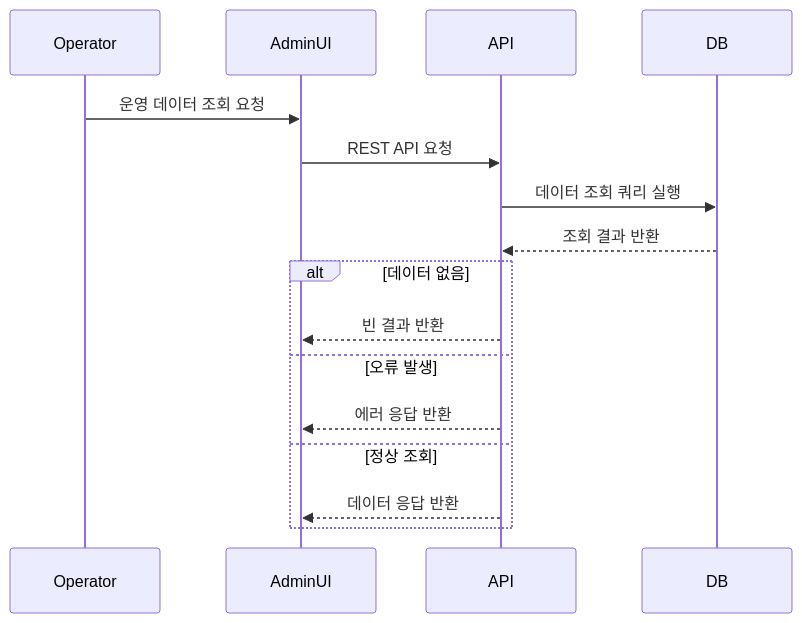
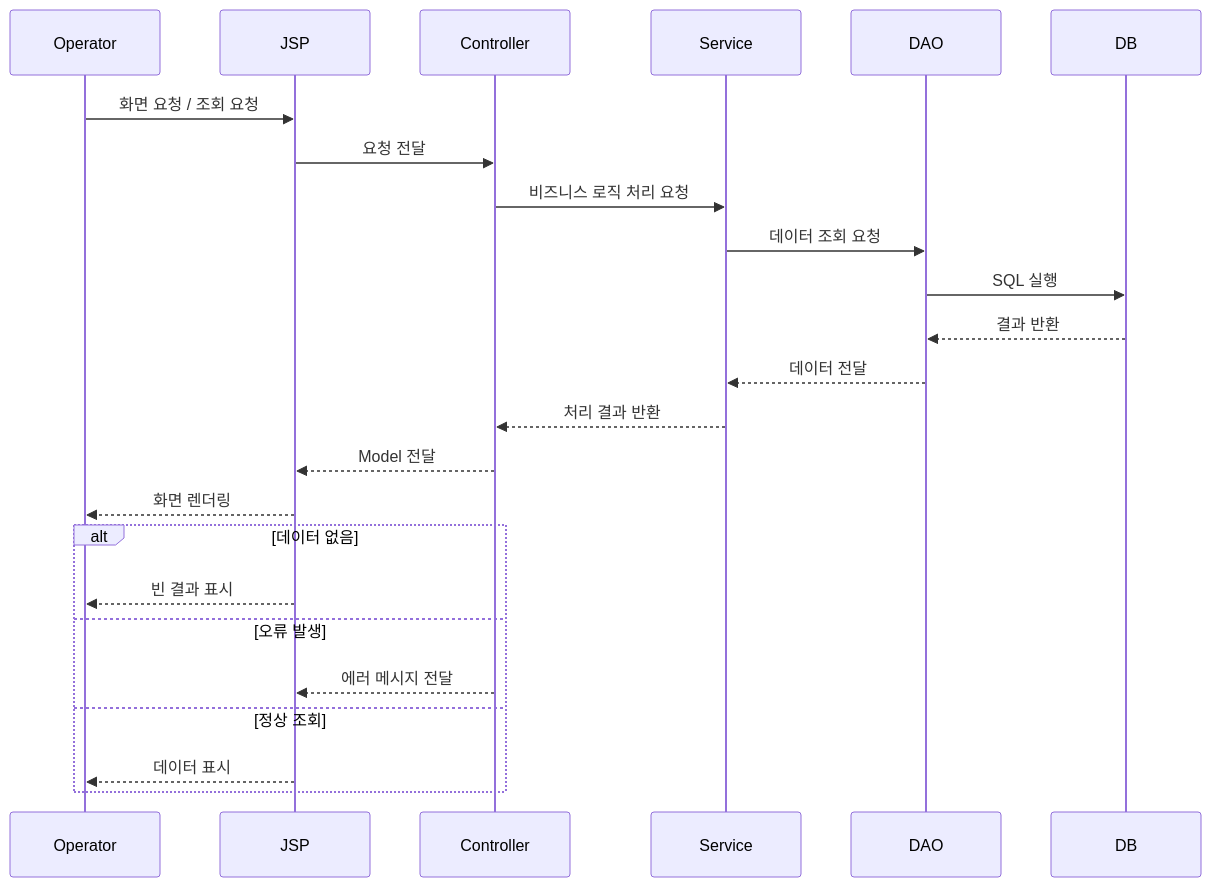
The diagram in docs/ko/data-flow.ko.md (scourge1100/yk-operation-platform), drawn with Mermaid before and after one commit. The commit also changed other lines of this file, not shown here.

Commit message:
Update data flow diagram and explanation in Korean

````diff
--- a/docs/ko/data-flow.ko.md
+++ b/docs/ko/data-flow.ko.md
@@ -5,20 +5,28 @@
 ```mermaid
 sequenceDiagram
     participant Operator
-    participant AdminUI
-    participant API
+    participant JSP
+    participant Controller
+    participant Service
+    participant DAO
     participant DB
 
-    Operator->>AdminUI: 운영 데이터 조회 요청
-    AdminUI->>API: REST API 요청
-    API->>DB: 데이터 조회 쿼리 실행
-    DB-->>API: 조회 결과 반환
+    Operator->>JSP: 화면 요청 / 조회 요청
+    JSP->>Controller: 요청 전달
+    Controller->>Service: 비즈니스 로직 처리 요청
+    Service->>DAO: 데이터 조회 요청
+    DAO->>DB: SQL 실행
+    DB-->>DAO: 결과 반환
+    DAO-->>Service: 데이터 전달
+    Service-->>Controller: 처리 결과 반환
+    Controller-->>JSP: Model 전달
+    JSP-->>Operator: 화면 렌더링
 
     alt 데이터 없음
-        API-->>AdminUI: 빈 결과 반환
+        JSP-->>Operator: 빈 결과 표시
     else 오류 발생
-        API-->>AdminUI: 에러 응답 반환
+        Controller-->>JSP: 에러 메시지 전달
     else 정상 조회
-        API-->>AdminUI: 데이터 응답 반환
+        JSP-->>Operator: 데이터 표시
     end
 ```
````
